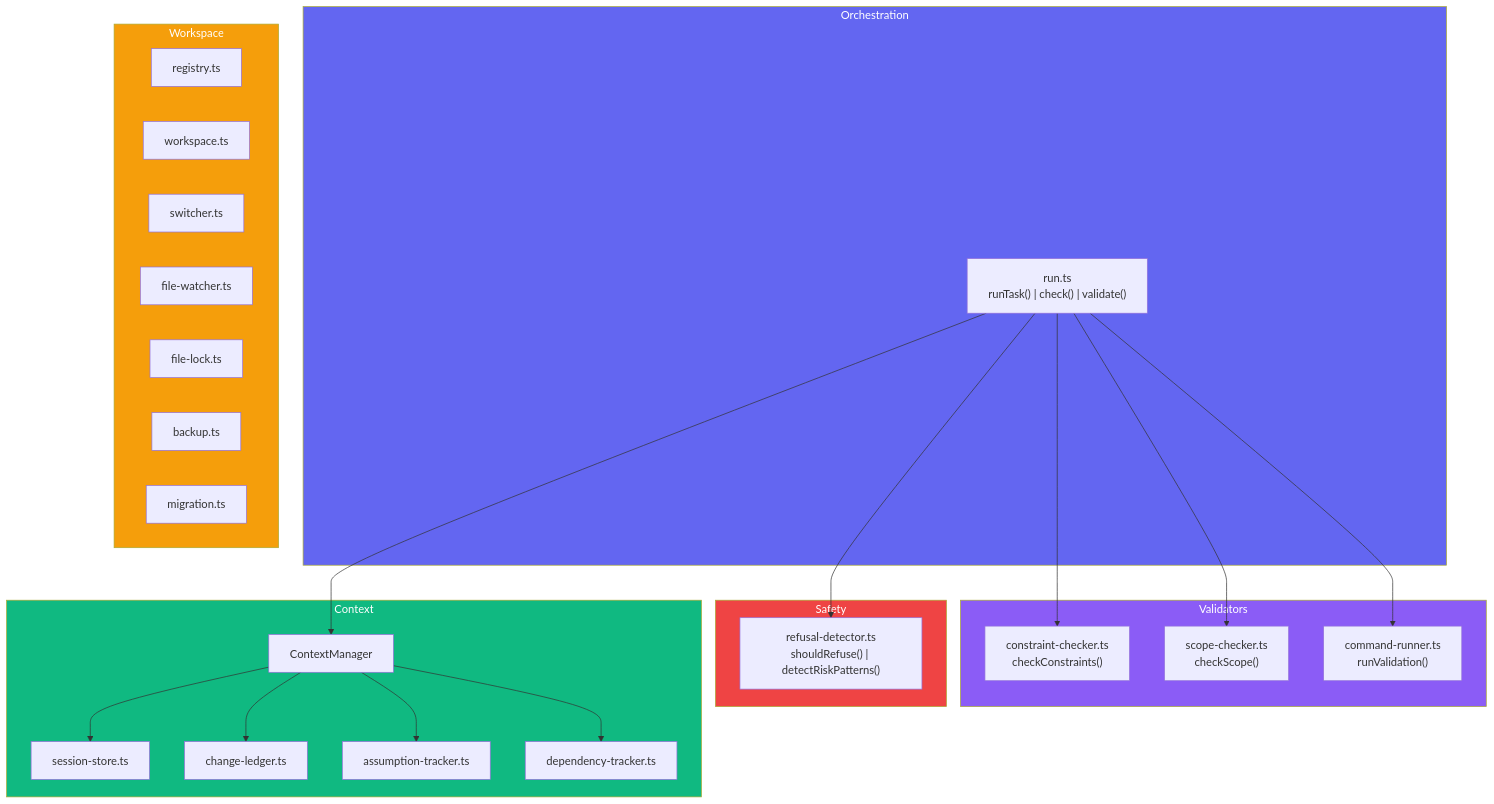
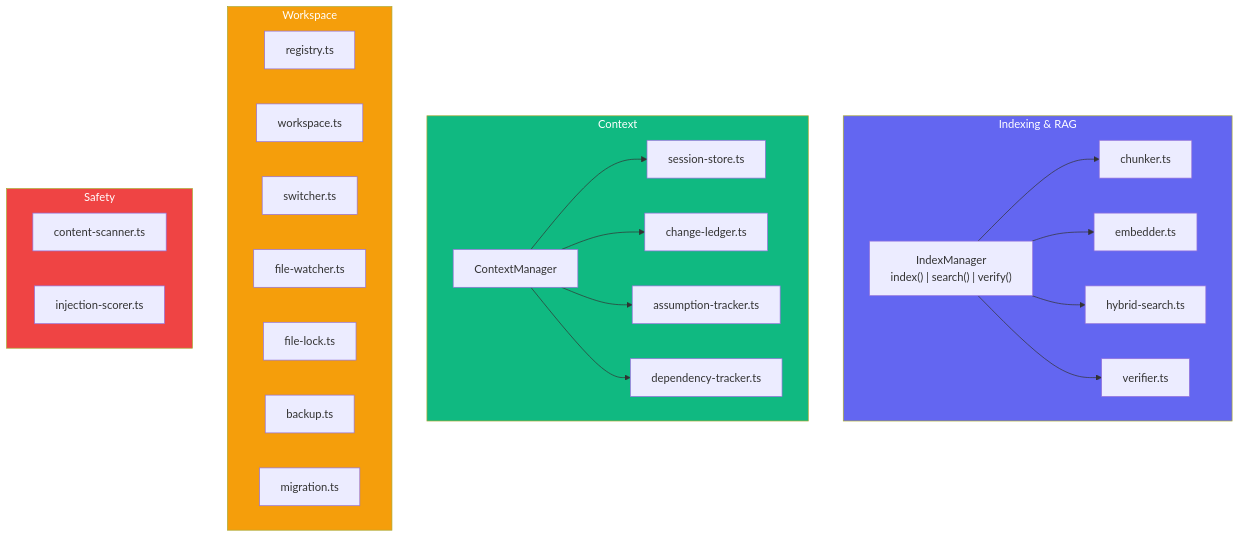
The first of 6 diagrams in docs/architecture/core-modules.md (nella-labs/nella), drawn with Mermaid before and after one commit. The commit also changed other lines of this file and 4 other files, not shown here.

First line of the commit message:
docs: fix architecture diagrams, types, and module references

````diff
--- a/docs/architecture/core-modules.md
+++ b/docs/architecture/core-modules.md
@@ -7,50 +7,47 @@
 ```mermaid
 graph TB
-    subgraph orchestration["Orchestration"]
-        run["run.ts<br/>runTask() | check() | validate()"]
-    end
-
-    subgraph validators["Validators"]
-        constraint["constraint-checker.ts<br/>checkConstraints()"]
-        scope["scope-checker.ts<br/>checkScope()"]
-        cmdRunner["command-runner.ts<br/>runValidation()"]
-    end
-
-    subgraph safety["Safety"]
-        refusal["refusal-detector.ts<br/>shouldRefuse() | detectRiskPatterns()"]
+    subgraph indexing["Indexing & RAG"]
+        indexMgr["IndexManager<br/>index() | search() | verify()"]
+        chunker["chunker.ts"]
+        embedder["embedder.ts"]
+        hybridSearch["hybrid-search.ts"]
+        verifier["verifier.ts"]
     end
 
     subgraph context["Context"]
         sessionStore["session-store.ts"]
         changeLedger["change-ledger.ts"]
         assumptionTracker["assumption-tracker.ts"]
         depTracker["dependency-tracker.ts"]
         ctxManager["ContextManager"]
     end
 
     subgraph workspace["Workspace"]
         registry["registry.ts"]
         ws["workspace.ts"]
         switcher["switcher.ts"]
         fileWatcher["file-watcher.ts"]
         fileLock["file-lock.ts"]
         backup["backup.ts"]
         migration["migration.ts"]
     end
 
-    run --> constraint
-    run --> scope
-    run --> cmdRunner
-    run --> refusal
-    run --> ctxManager
+    subgraph safety["Safety"]
+        contentScanner["content-scanner.ts"]
+        injectionScorer["injection-scorer.ts"]
+    end
+
+    indexMgr --> chunker
+    indexMgr --> embedder
+    indexMgr --> hybridSearch
+    indexMgr --> verifier
     ctxManager --> sessionStore
     ctxManager --> changeLedger
     ctxManager --> assumptionTracker
     ctxManager --> depTracker
 
-    style orchestration fill:#6366f1,color:#fff
-    style validators fill:#8b5cf6,color:#fff
-    style safety fill:#ef4444,color:#fff
+    style indexing fill:#6366f1,color:#fff
     style context fill:#10b981,color:#fff
     style workspace fill:#f59e0b,color:#fff
+    style safety fill:#ef4444,color:#fff
 ```
````
